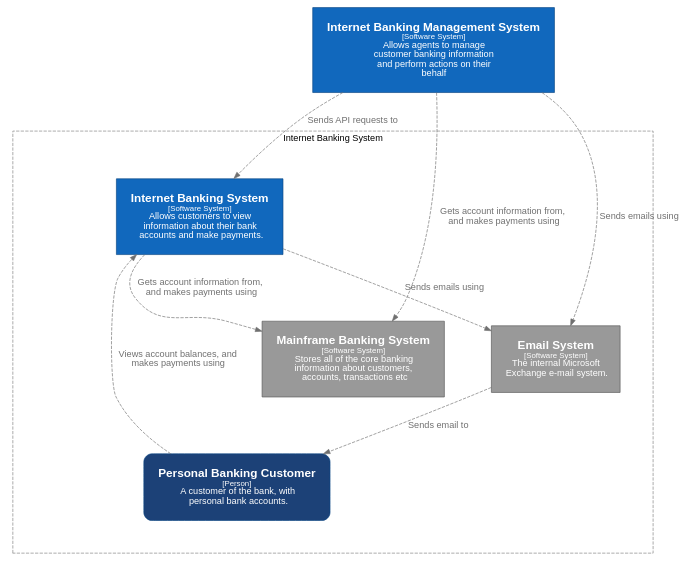
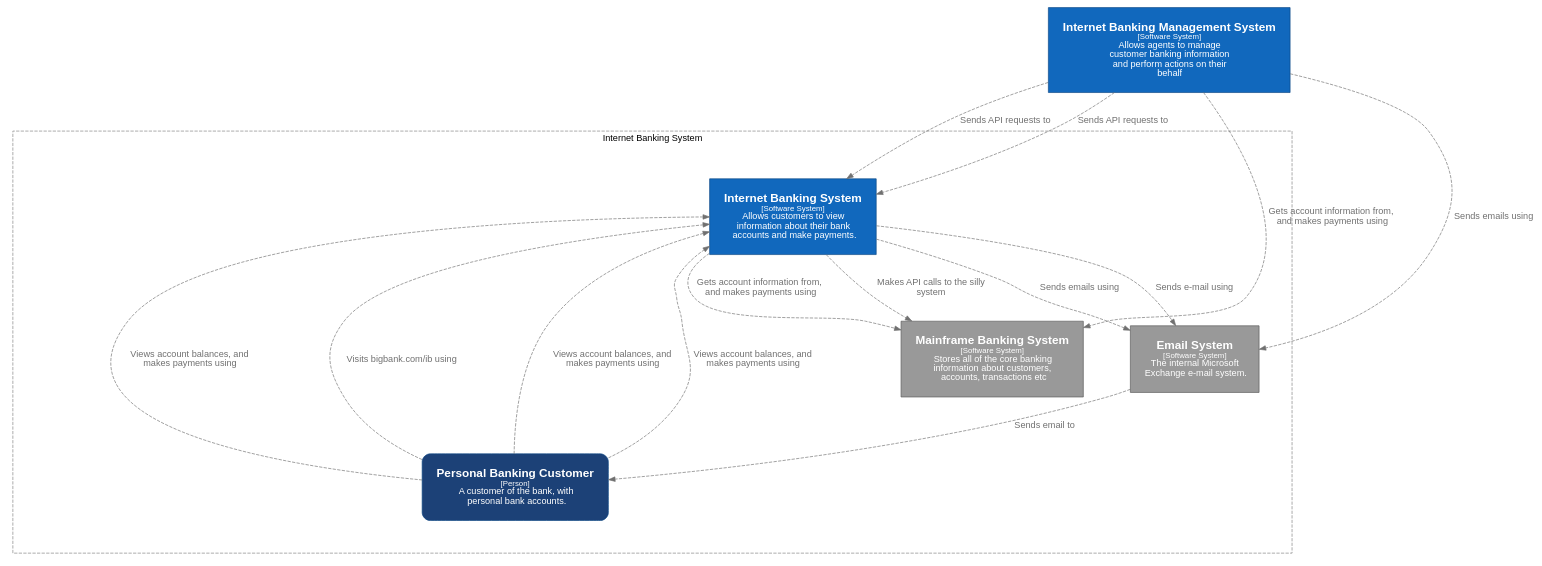
One commit to c4mjs/c4mjs changed the diagram in packages/graphviz/src/__stubs__/internetBanking.c1.dot. Above: the diagram before and after it, drawn with Graphviz. The commit also changed 6 other files, not shown here.

```diff
--- a/packages/graphviz/src/__stubs__/internetBanking.c1.dot
+++ b/packages/graphviz/src/__stubs__/internetBanking.c1.dot
@@ -1,82 +1,94 @@
 digraph {
     compound=true
     graph [fontname="Arial", rankdir=TB, ranksep=1.0, nodesep=1.0 ]
     node [fontname="Arial", shape=box, margin="0.3,0.3"]
     edge [fontname="Arial"]
 
     subgraph cluster_internetBanking {
         label = "Internet Banking System"
         style = "dashed"
         color = "grey"
         class=""
         margin="50,50"
         
         internetBanking__internetBankingSystem [
         id="internetBanking__internetBankingSystem",
         shape="rectangle",
         label=<<font point-size="18"><b>Internet Banking System</b></font><br /><font point-size="12">[Software System]</font><br /><font point-size="14">  Allows customers to view <br />information about their bank <br />accounts and make payments.</font>>,
         style="filled",
         color="#0b4884",
         fillcolor="#1168bd",
         fontcolor="#ffffff"
         class="critical"
     ]
 internetBanking__mainframeBankingSystem [
         id="internetBanking__mainframeBankingSystem",
         shape="rectangle",
         label=<<font point-size="18"><b>Mainframe Banking System</b></font><br /><font point-size="12">[Software System]</font><br /><font point-size="14">  Stores all of the core banking <br />information about customers, <br />accounts, transactions etc</font>>,
         style="filled",
         color="#5a5a5a",
         fillcolor="#999999",
         fontcolor="#ffffff"
         class=""
     ]
 internetBanking__emailSystem [
         id="internetBanking__emailSystem",
         shape="rectangle",
         label=<<font point-size="18"><b>Email System</b></font><br /><font point-size="12">[Software System]</font><br /><font point-size="14">  The internal Microsoft <br />Exchange e-mail system.</font>>,
         style="filled",
         color="#5a5a5a",
         fillcolor="#999999",
         fontcolor="#ffffff"
         class=""
     ]
 internetBanking__customer [
         id="internetBanking__customer",
         shape="rectangle",
         label=<<font point-size="18"><b>Personal Banking Customer</b></font><br /><font point-size="12">[Person]</font><br /><font point-size="14">  A customer of the bank, with <br />personal bank accounts.</font>>,
         style="filled,rounded",
         color="#0b4884",
         fillcolor="#1C4177",
         fontcolor="#ffffff"
         class=""
     ]
         
     }
 
 internetBankingAgent__internetBankingManagementSystem [
         id="internetBankingAgent__internetBankingManagementSystem",
         shape="rectangle",
         label=<<font point-size="18"><b>Internet Banking Management System</b></font><br /><font point-size="12">[Software System]</font><br /><font point-size="14">  Allows agents to manage <br />customer banking information <br />and perform actions on their <br />behalf</font>>,
         style="filled",
         color="#0b4884",
         fillcolor="#1168bd",
         fontcolor="#ffffff"
         class=""
     ]
-internetBankingAgent__internetBankingManagementSystem -> internetBanking__internetBankingSystem [ id="100001", label=<<font point-size="14">  Sends API requests to</font>>, style="dashed", color="#707070", fontcolor="#707070" class=""
+internetBankingAgent__internetBankingManagementSystem -> internetBanking__internetBankingSystem [ id="100038", label=<<font point-size="14">  Sends API requests to</font>>, style="dashed", color="#707070", fontcolor="#707070" class=""
  ]
-internetBankingAgent__internetBankingManagementSystem -> internetBanking__mainframeBankingSystem [ id="100002", label=<<font point-size="14">  Gets account information from, <br />and makes payments using</font>>, style="dashed", color="#707070", fontcolor="#707070" class=""
+internetBankingAgent__internetBankingManagementSystem -> internetBanking__internetBankingSystem [ id="100039", label=<<font point-size="14">  Sends API requests to</font>>, style="dashed", color="#707070", fontcolor="#707070" class=""
  ]
-internetBankingAgent__internetBankingManagementSystem -> internetBanking__emailSystem [ id="100003", label=<<font point-size="14">  Sends emails using</font>>, style="dashed", color="#707070", fontcolor="#707070" class=""
+internetBankingAgent__internetBankingManagementSystem -> internetBanking__mainframeBankingSystem [ id="100040", label=<<font point-size="14">  Gets account information from, <br />and makes payments using</font>>, style="dashed", color="#707070", fontcolor="#707070" class=""
  ]
-internetBanking__customer -> internetBanking__internetBankingSystem [ id="100004", label=<<font point-size="14">  Views account balances, and <br />makes payments using</font>>, style="dashed", color="#707070", fontcolor="#707070" class=""
+internetBankingAgent__internetBankingManagementSystem -> internetBanking__emailSystem [ id="100041", label=<<font point-size="14">  Sends emails using</font>>, style="dashed", color="#707070", fontcolor="#707070" class=""
  ]
-internetBanking__emailSystem -> internetBanking__customer [ id="100006", label=<<font point-size="14">  Sends email to</font>>, style="dashed", color="#707070", fontcolor="#707070" class=""
+internetBanking__customer -> internetBanking__internetBankingSystem [ id="100042", label=<<font point-size="14">  Views account balances, and <br />makes payments using</font>>, style="dashed", color="#707070", fontcolor="#707070" class=""
  ]
-internetBanking__internetBankingSystem -> internetBanking__mainframeBankingSystem [ id="100011", label=<<font point-size="14">  Gets account information from, <br />and makes payments using</font>>, style="dashed", color="#707070", fontcolor="#707070" class=""
+internetBanking__emailSystem -> internetBanking__customer [ id="100044", label=<<font point-size="14">  Sends email to</font>>, style="dashed", color="#707070", fontcolor="#707070" class=""
  ]
-internetBanking__internetBankingSystem -> internetBanking__emailSystem [ id="100014", label=<<font point-size="14">  Sends emails using</font>>, style="dashed", color="#707070", fontcolor="#707070" class=""
+internetBanking__customer -> internetBanking__internetBankingSystem [ id="100045", label=<<font point-size="14">  Visits bigbank.com/ib using</font>>, style="dashed", color="#707070", fontcolor="#707070" class=""
+ ]
+internetBanking__customer -> internetBanking__internetBankingSystem [ id="100047", label=<<font point-size="14">  Views account balances, and <br />makes payments using</font>>, style="dashed", color="#707070", fontcolor="#707070" class=""
+ ]
+internetBanking__internetBankingSystem -> internetBanking__mainframeBankingSystem [ id="100049", label=<<font point-size="14">  Gets account information from, <br />and makes payments using</font>>, style="dashed", color="#707070", fontcolor="#707070" class=""
+ ]
+internetBanking__internetBankingSystem -> internetBanking__emailSystem [ id="100052", label=<<font point-size="14">  Sends emails using</font>>, style="dashed", color="#707070", fontcolor="#707070" class=""
+ ]
+internetBanking__internetBankingSystem -> internetBanking__emailSystem [ id="100054", label=<<font point-size="14">  Sends e-mail using</font>>, style="dashed", color="#707070", fontcolor="#707070" class=""
+ ]
+internetBanking__customer -> internetBanking__internetBankingSystem [ id="100055", label=<<font point-size="14">  Views account balances, and <br />makes payments using</font>>, style="dashed", color="#707070", fontcolor="#707070" class=""
+ ]
+internetBanking__internetBankingSystem -> internetBanking__mainframeBankingSystem [ id="100056", label=<<font point-size="14">  Makes API calls to the silly <br />system</font>>, style="dashed", color="#707070", fontcolor="#707070" class=""
  ]
      
 }
```
